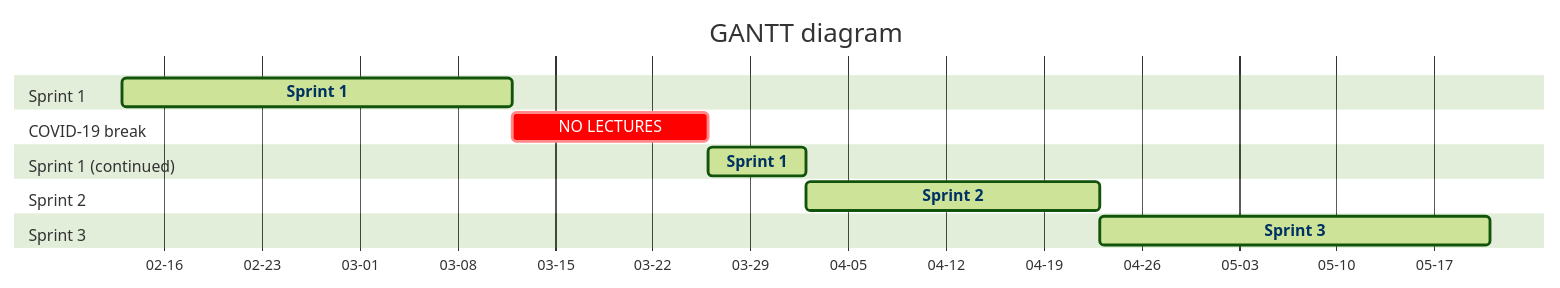
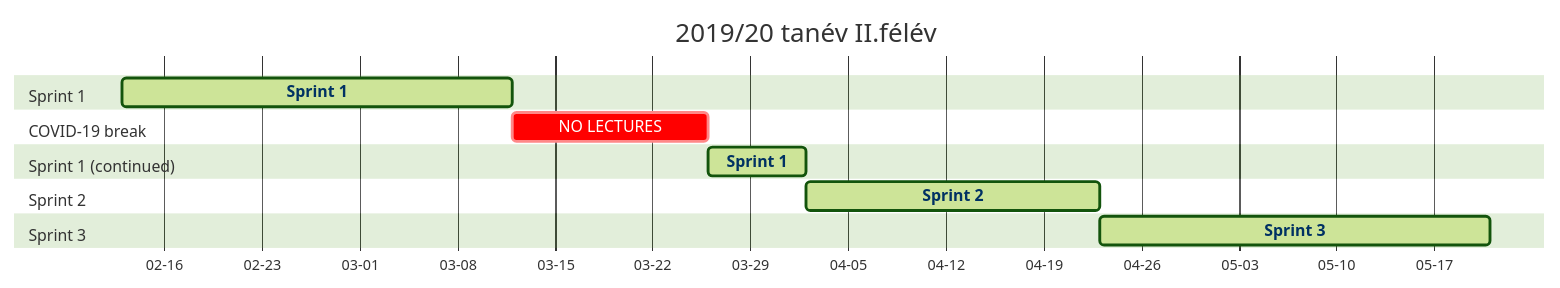
Before and after one commit to pintergreg/handout: the diagram in src/schedule.md, drawn with Mermaid (forest theme).

Commit message:
Add diagram title

```diff
--- a/src/schedule.md
+++ b/src/schedule.md
@@ -28,20 +28,20 @@
 <div class="mermaid">
     gantt
     dateFormat  YYYY-MM-DD
     axisFormat  %m-%d
-    title GANTT diagram
+    title 2019/20 tanév II.félév 
     section Sprint 1
         Sprint 1 :active, sprint1, 2020-02-13, 4w
     section COVID-19 break
         NO LECTURES :crit, break, after sprint1, 2w
     section Sprint 1 (continued)
         Sprint 1 :active, sprint1_cont, after break, 1w
     section Sprint 2
         Sprint 2 :active, sprint2, after sprint1_cont, 3w
     section Sprint 3
         Sprint 3 :active, sprint3, after sprint2, 4w
     click sprint1 href "./sprint_1.html"
     click sprint1_cont href "./sprint_1.html"
     click sprint2 href "./sprint_2.html"
     click sprint3 href "./sprint_3.html"
 </div>
```
